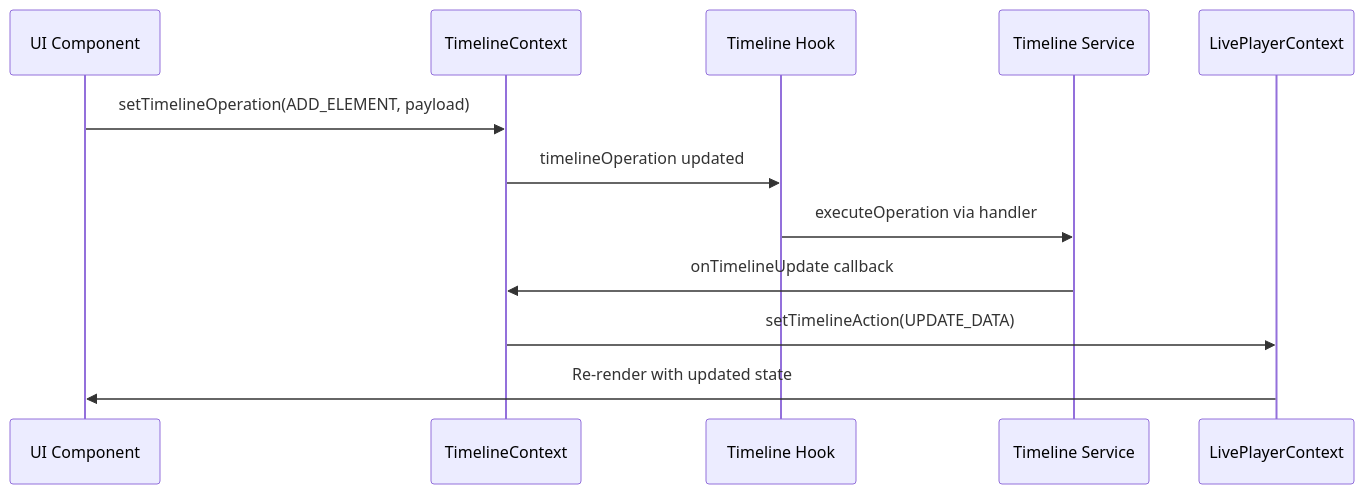
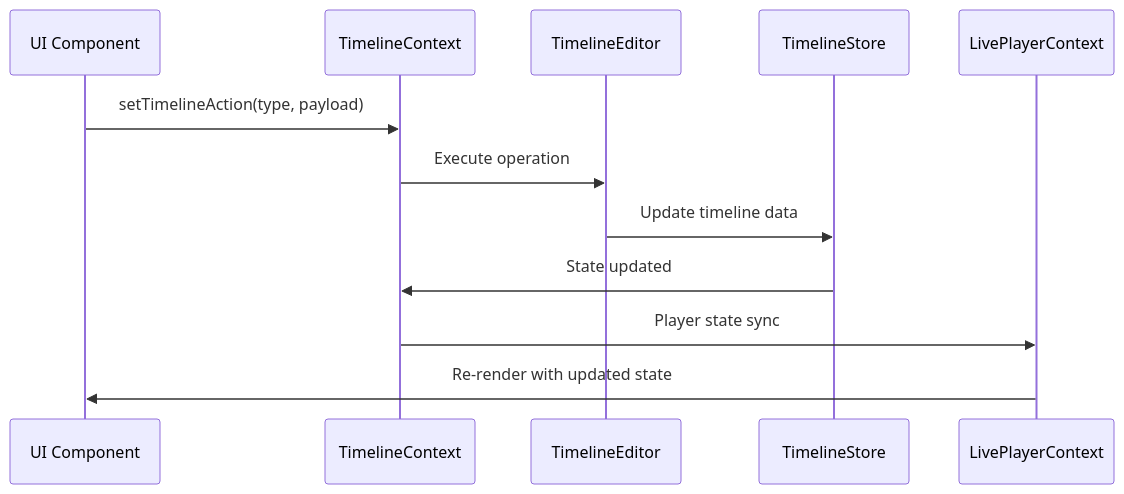
The second of 7 diagrams in packages/documentation/docs/architecture.md (ncounterspecialist/twick), drawn with Mermaid before and after one commit. The commit also changed other lines of this file and 2 other files, not shown here.

````diff
--- a/packages/documentation/docs/architecture.md
+++ b/packages/documentation/docs/architecture.md
@@ -65,15 +70,15 @@
 ```mermaid
 sequenceDiagram
     participant UI as UI Component
     participant TC as TimelineContext
-    participant TH as Timeline Hook
-    participant TS as Timeline Service
+    participant TE as TimelineEditor
+    participant TS as TimelineStore
     participant LC as LivePlayerContext
     
-    UI->>TC: setTimelineOperation(ADD_ELEMENT, payload)
-    TC->>TH: timelineOperation updated
-    TH->>TS: executeOperation via handler
-    TS->>TC: onTimelineUpdate callback
-    TC->>LC: setTimelineAction(UPDATE_DATA)
+    UI->>TC: setTimelineAction(type, payload)
+    TC->>TE: Execute operation
+    TE->>TS: Update timeline data
+    TS->>TC: State updated
+    TC->>LC: Player state sync
     LC->>UI: Re-render with updated state
 ```
````
